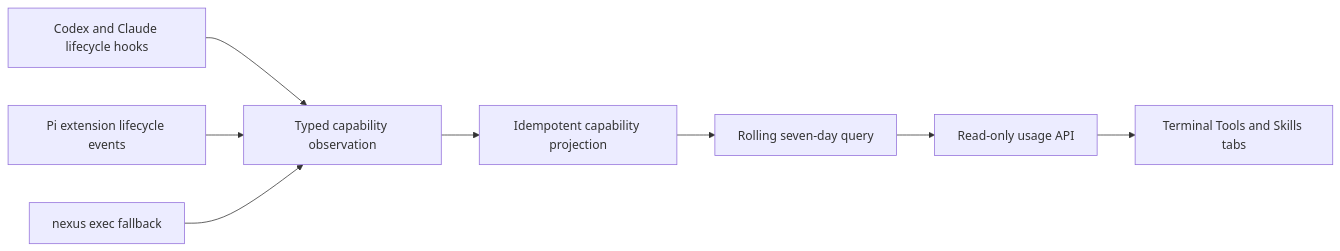
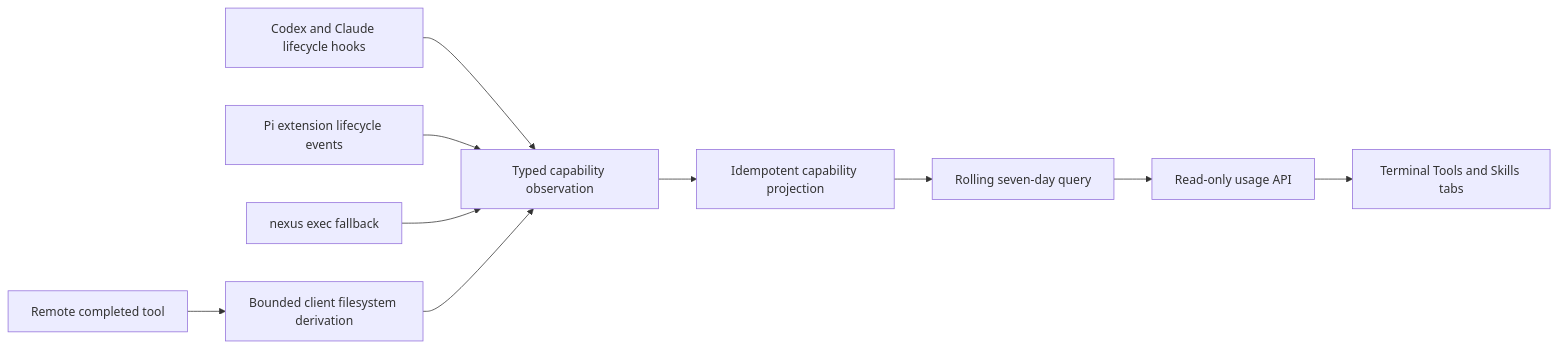
Before and after one commit to warrenronsiek/nexus: the diagram in docs/features/usage-analytics.md, drawn with Mermaid. The commit also changed other lines of this file and 202 other files, not shown here.

````diff
--- a/docs/features/usage-analytics.md
+++ b/docs/features/usage-analytics.md
@@ -19,10 +19,12 @@
 ```mermaid
 flowchart LR
     A[Codex and Claude lifecycle hooks] --> D[Typed capability observation]
     B[Pi extension lifecycle events] --> D
     C[nexus exec fallback] --> D
+    I[Remote completed tool] --> J[Bounded client filesystem derivation]
+    J --> D
     D --> E[Idempotent capability projection]
     E --> F[Rolling seven-day query]
     F --> G[Read-only usage API]
     G --> H[Terminal Tools and Skills tabs]
 ```
````
